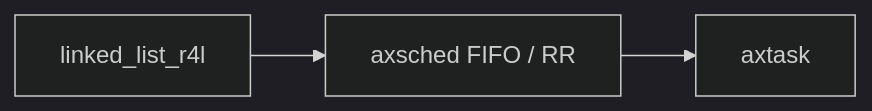
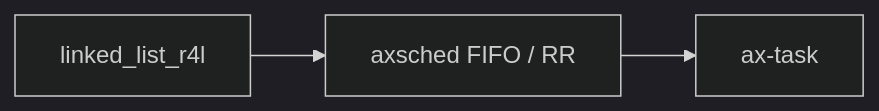
Before and after one commit to zKurisu/tgoskits: the diagram in docs/crates/linked_list_r4l.md, drawn with Mermaid (dark theme). The commit also changed 133 other files, not shown here.

Commit message:
rename axtask to ax-task

````diff
--- a/docs/crates/linked_list_r4l.md
+++ b/docs/crates/linked_list_r4l.md
@@ -69,5 +69,5 @@
 ```mermaid
 graph LR
     linked_list_r4l["linked_list_r4l"] --> axsched["axsched FIFO / RR"]
-    axsched --> axtask["axtask"]
+    axsched --> ax-task["ax-task"]
 ```
````
